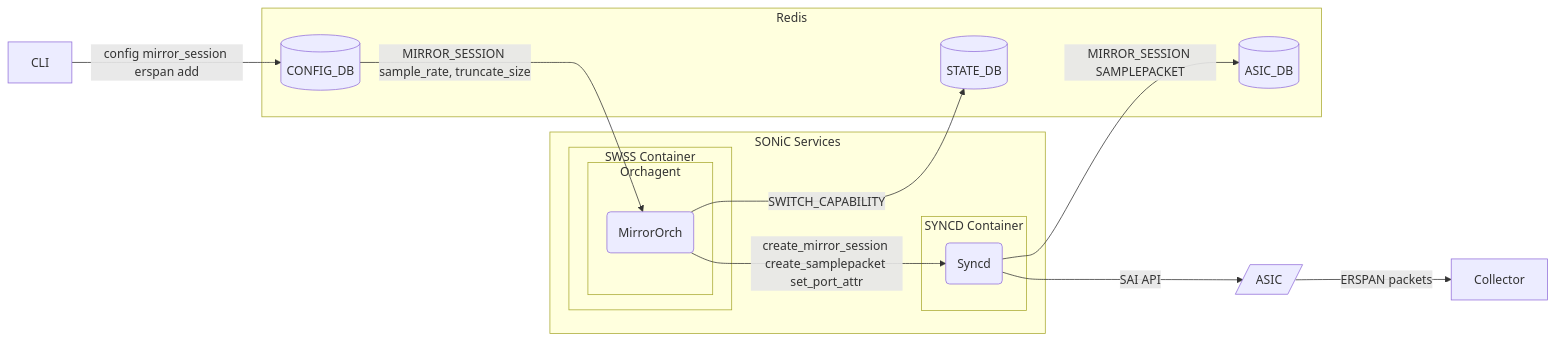
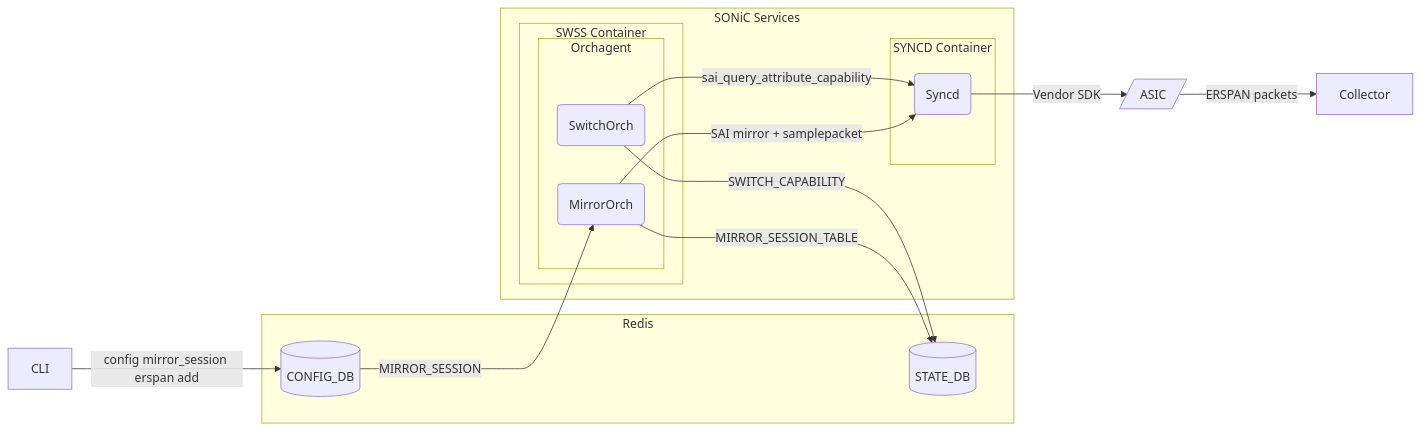
One commit to sonic-net/SONiC changed the first of 3 diagrams in doc/port-mirroring/SONiC_Port_Mirroring_HLD.md. Above: the diagram before and after it, drawn with Mermaid. The commit also changed other lines of this file and 1 other file, not shown here.

Commit message:
updated architecture diagram, session update, encapsulation overhead

````diff
--- a/doc/port-mirroring/SONiC_Port_Mirroring_HLD.md
+++ b/doc/port-mirroring/SONiC_Port_Mirroring_HLD.md
@@ -162,26 +156,30 @@
 ```mermaid
- flowchart LR
-     subgraph Redis
-         config_db[(CONFIG_DB)]
-         state_db[(STATE_DB)]
-         asic_db[(ASIC_DB)]
-     end
-     subgraph SONiC Services
-         subgraph SWSS Container
-             subgraph Orchagent
-                 mirror_orch(MirrorOrch)
-             end
-         end
-         subgraph SYNCD Container
-             syncd(Syncd)
-         end
-     end
-     asic[/ASIC/]
-     cli[CLI] -->|config mirror_session erspan add| config_db
-     config_db -->|MIRROR_SESSION sample_rate, truncate_size| mirror_orch
-     mirror_orch -->|SWITCH_CAPABILITY| state_db
-     mirror_orch -->|create_mirror_session create_samplepacket set_port_attr| syncd
-     syncd -->|MIRROR_SESSION SAMPLEPACKET| asic_db
-     syncd -->|SAI API| asic
-     asic -->|ERSPAN packets| collector[Collector]
+flowchart LR
+    subgraph Redis
+        config_db[(CONFIG_DB)]
+        state_db[(STATE_DB)]
+    end
+
+    subgraph SONiC Services
+        subgraph SWSS Container
+            subgraph Orchagent
+                switch_orch(SwitchOrch)
+                mirror_orch(MirrorOrch)
+            end
+        end
+        subgraph SYNCD Container
+            syncd(Syncd)
+        end
+    end
+
+    asic[/ASIC/]
+
+    cli[CLI] -->|config mirror_session erspan add| config_db
+    config_db -->|MIRROR_SESSION| mirror_orch
+    switch_orch -->|sai_query_attribute_capability| syncd
+    switch_orch -->|SWITCH_CAPABILITY| state_db
+    mirror_orch -->|SAI mirror + samplepacket| syncd
+    mirror_orch -->|MIRROR_SESSION_TABLE| state_db
+    syncd -->|Vendor SDK| asic
+    asic -->|ERSPAN packets| collector[Collector]
 ```
````
